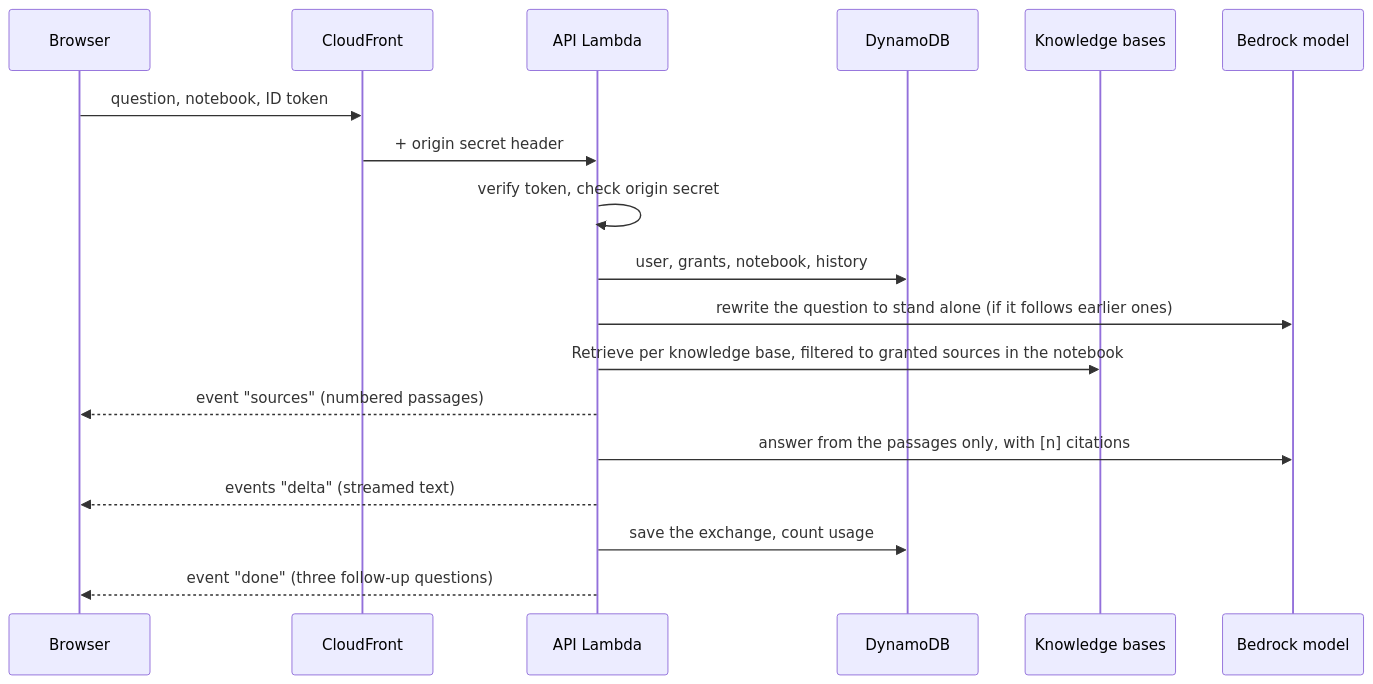
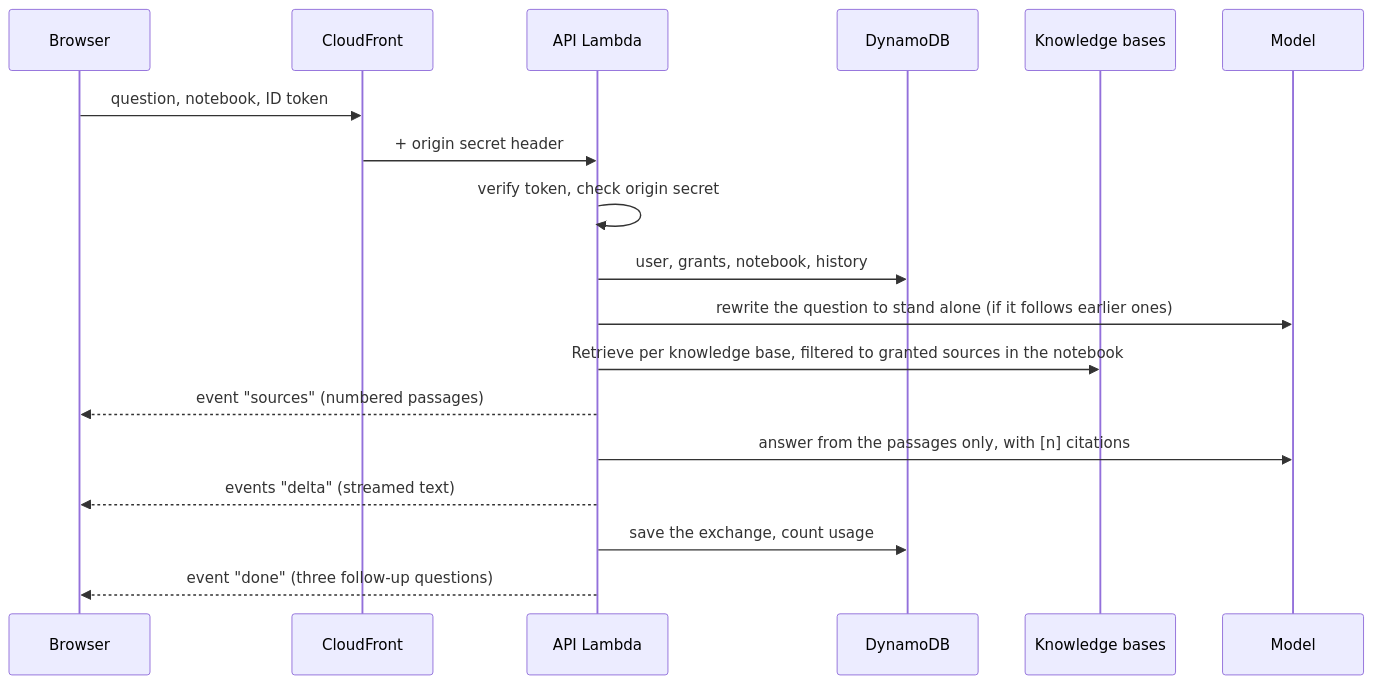
Before and after one commit to phuc-nt/my-poc: the second of 3 diagrams in poc3-project-notebook/docs/02-engineering-guide.md, drawn with Mermaid. The commit also changed other lines of this file and 71 other files, not shown here.

````diff
--- a/poc3-project-notebook/docs/02-engineering-guide.md
+++ b/poc3-project-notebook/docs/02-engineering-guide.md
@@ -87,20 +167,20 @@
 ```mermaid
 sequenceDiagram
   participant U as Browser
   participant CF as CloudFront
   participant L as API Lambda
   participant D as DynamoDB
   participant K as Knowledge bases
-  participant M as Bedrock model
+  participant M as Model
   U->>CF: question, notebook, ID token
   CF->>L: + origin secret header
   L->>L: verify token, check origin secret
   L->>D: user, grants, notebook, history
   L->>M: rewrite the question to stand alone (if it follows earlier ones)
   L->>K: Retrieve per knowledge base, filtered to granted sources in the notebook
   L-->>U: event "sources" (numbered passages)
   L->>M: answer from the passages only, with [n] citations
   L-->>U: events "delta" (streamed text)
   L->>D: save the exchange, count usage
   L-->>U: event "done" (three follow-up questions)
 ```
````
